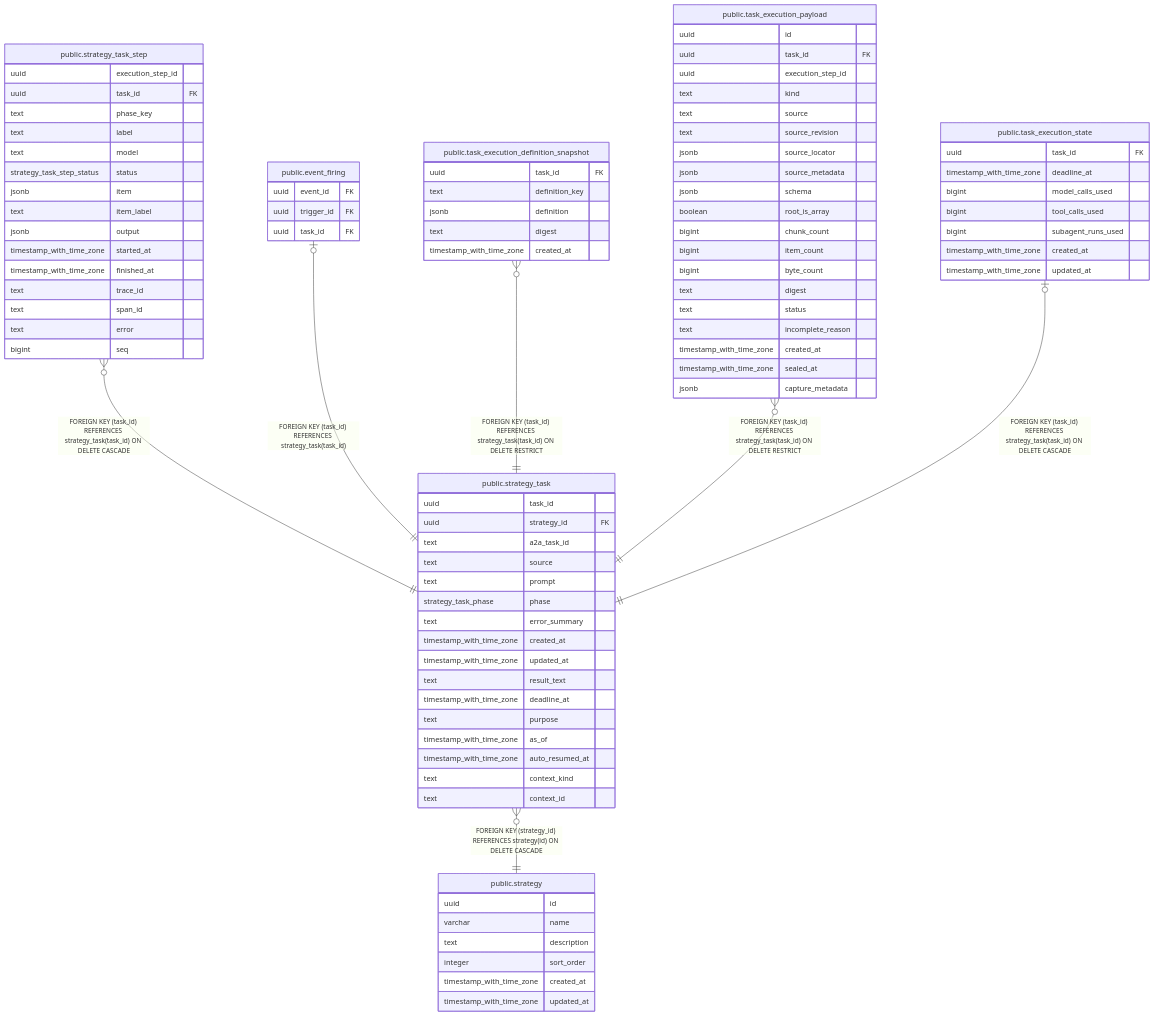
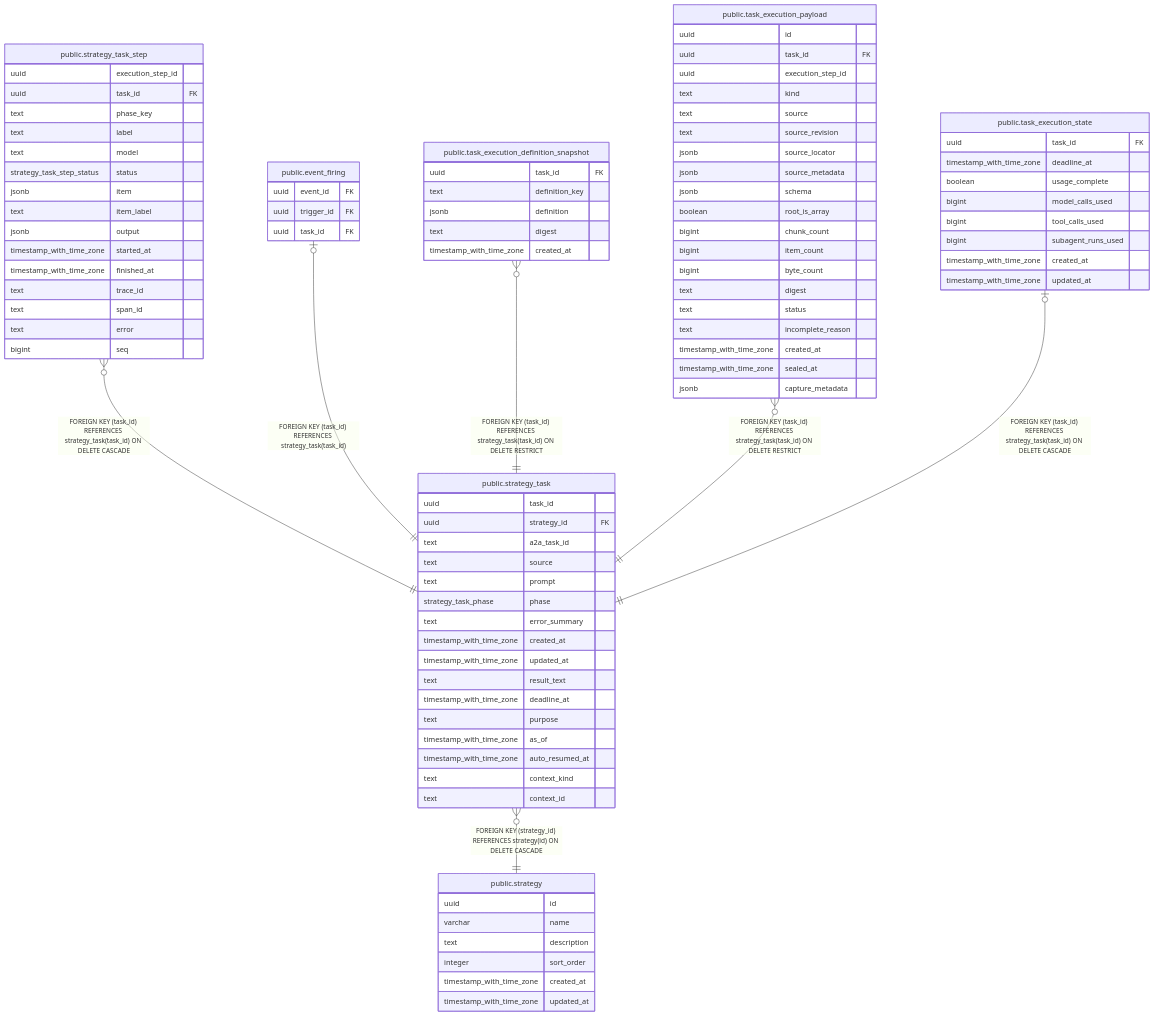
The diagram in backend/docs/db/public.strategy_task.md (fohte/t-rader), drawn with Mermaid before and after one commit. The commit also changed 45 other files, not shown here.

```diff
--- a/backend/docs/db/public.strategy_task.md
+++ b/backend/docs/db/public.strategy_task.md
@@ -133,6 +133,7 @@
 "public.task_execution_state" {
   uuid task_id FK
   timestamp_with_time_zone deadline_at
+  boolean usage_complete
   bigint model_calls_used
   bigint tool_calls_used
   bigint subagent_runs_used
```
